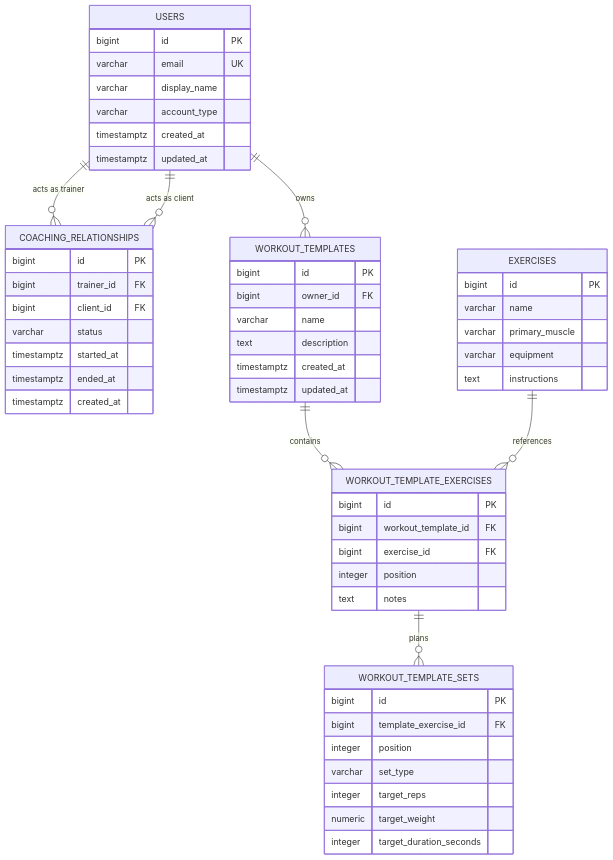
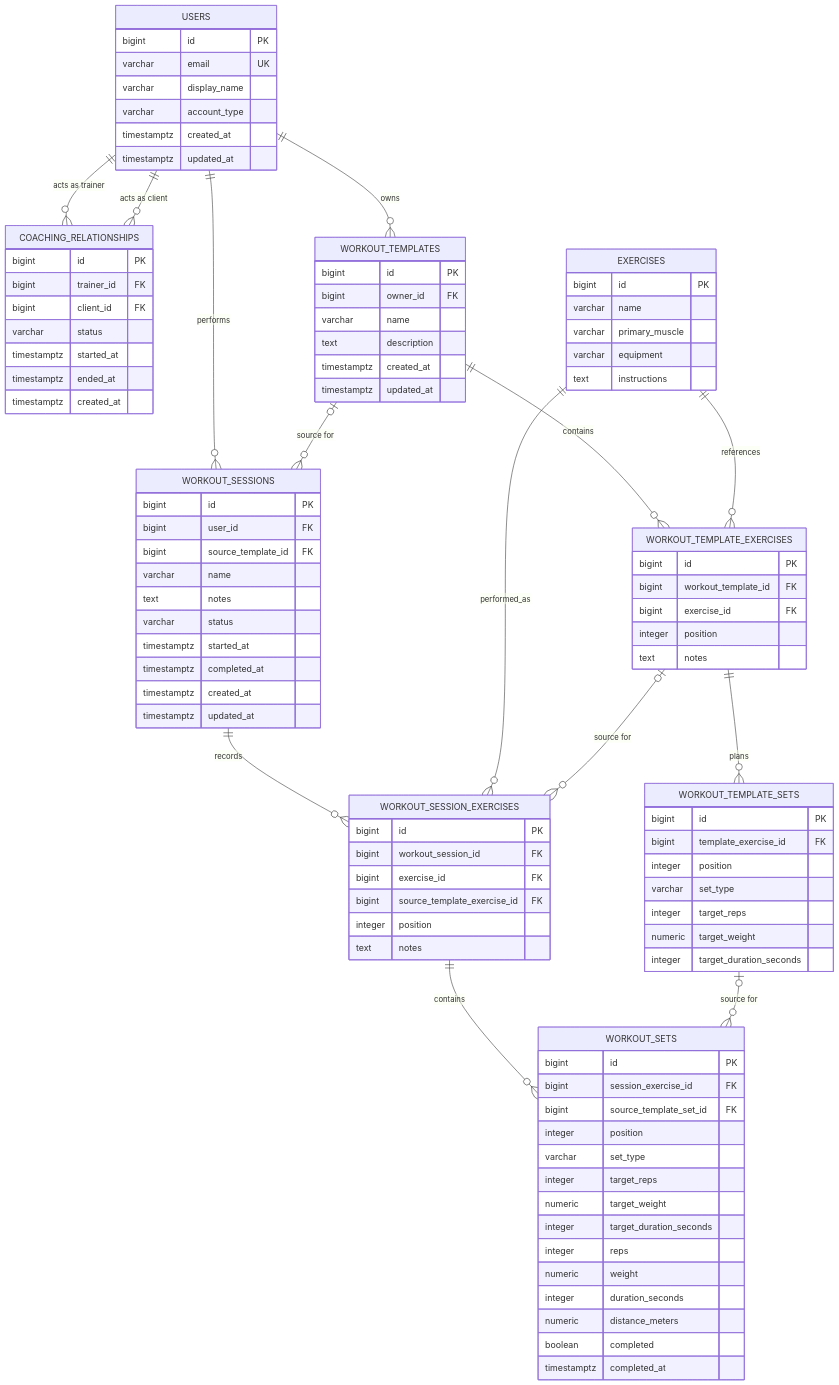
Before and after one commit to Faidonas/setforge: the diagram in docs/database/data-model.md, drawn with Mermaid. The commit also changed other lines of this file and 9 other files, not shown here.

Commit message:
add workoutSession tables

````diff
--- a/docs/database/data-model.md
+++ b/docs/database/data-model.md
@@ -20,6 +20,13 @@
     WORKOUT_TEMPLATES ||--o{ WORKOUT_TEMPLATE_EXERCISES : contains
     EXERCISES ||--o{ WORKOUT_TEMPLATE_EXERCISES : references
     WORKOUT_TEMPLATE_EXERCISES ||--o{ WORKOUT_TEMPLATE_SETS : plans
+    USERS ||--o{ WORKOUT_SESSIONS : performs
+    WORKOUT_TEMPLATES o|--o{ WORKOUT_SESSIONS : "source for"
+    WORKOUT_SESSIONS ||--o{ WORKOUT_SESSION_EXERCISES : records
+    EXERCISES ||--o{ WORKOUT_SESSION_EXERCISES : performed_as
+    WORKOUT_TEMPLATE_EXERCISES o|--o{ WORKOUT_SESSION_EXERCISES : "source for"
+    WORKOUT_SESSION_EXERCISES ||--o{ WORKOUT_SETS : contains
+    WORKOUT_TEMPLATE_SETS o|--o{ WORKOUT_SETS : "source for"
 
     USERS {
         bigint id PK
@@ -74,4 +81,43 @@
         numeric target_weight
         integer target_duration_seconds
     }
+
+    WORKOUT_SESSIONS {
+        bigint id PK
+        bigint user_id FK
+        bigint source_template_id FK
+        varchar name
+        text notes
+        varchar status
+        timestamptz started_at
+        timestamptz completed_at
+        timestamptz created_at
+        timestamptz updated_at
+    }
+
+    WORKOUT_SESSION_EXERCISES {
+        bigint id PK
+        bigint workout_session_id FK
+        bigint exercise_id FK
+        bigint source_template_exercise_id FK
+        integer position
+        text notes
+    }
+
+    WORKOUT_SETS {
+        bigint id PK
+        bigint session_exercise_id FK
+        bigint source_template_set_id FK
+        integer position
+        varchar set_type
+        integer target_reps
+        numeric target_weight
+        integer target_duration_seconds
+        integer reps
+        numeric weight
+        integer duration_seconds
+        numeric distance_meters
+        boolean completed
+        timestamptz completed_at
+    }
 ```
````
